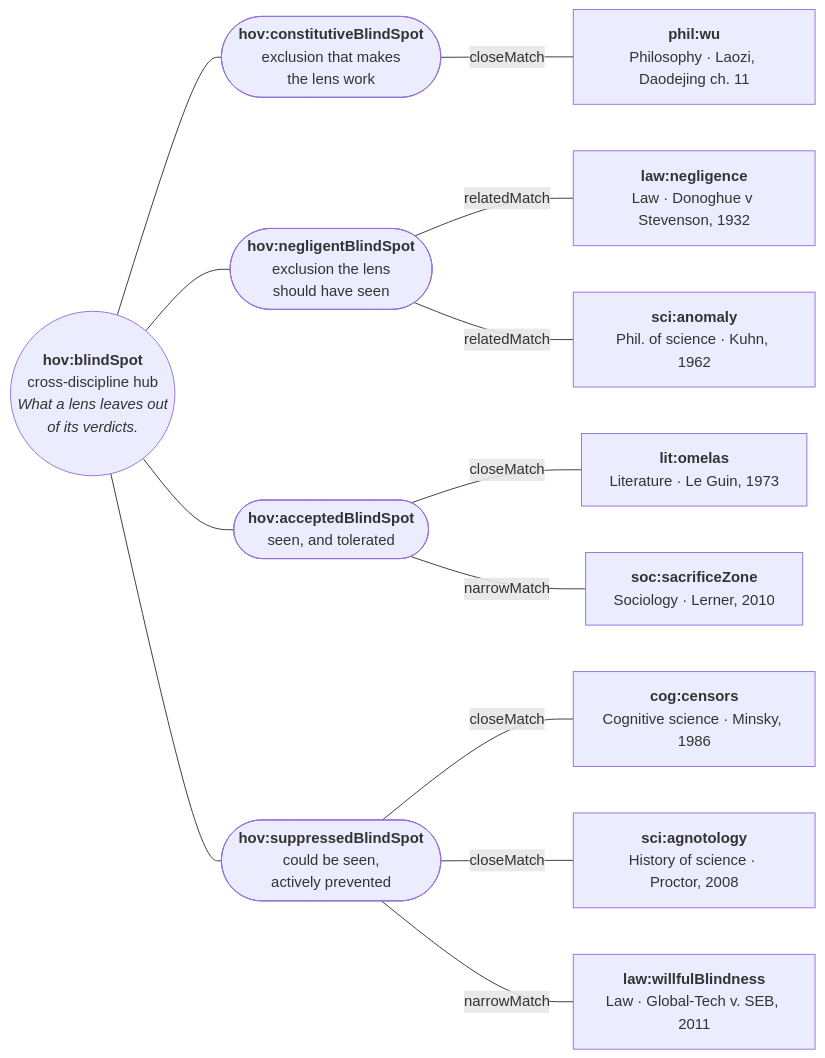
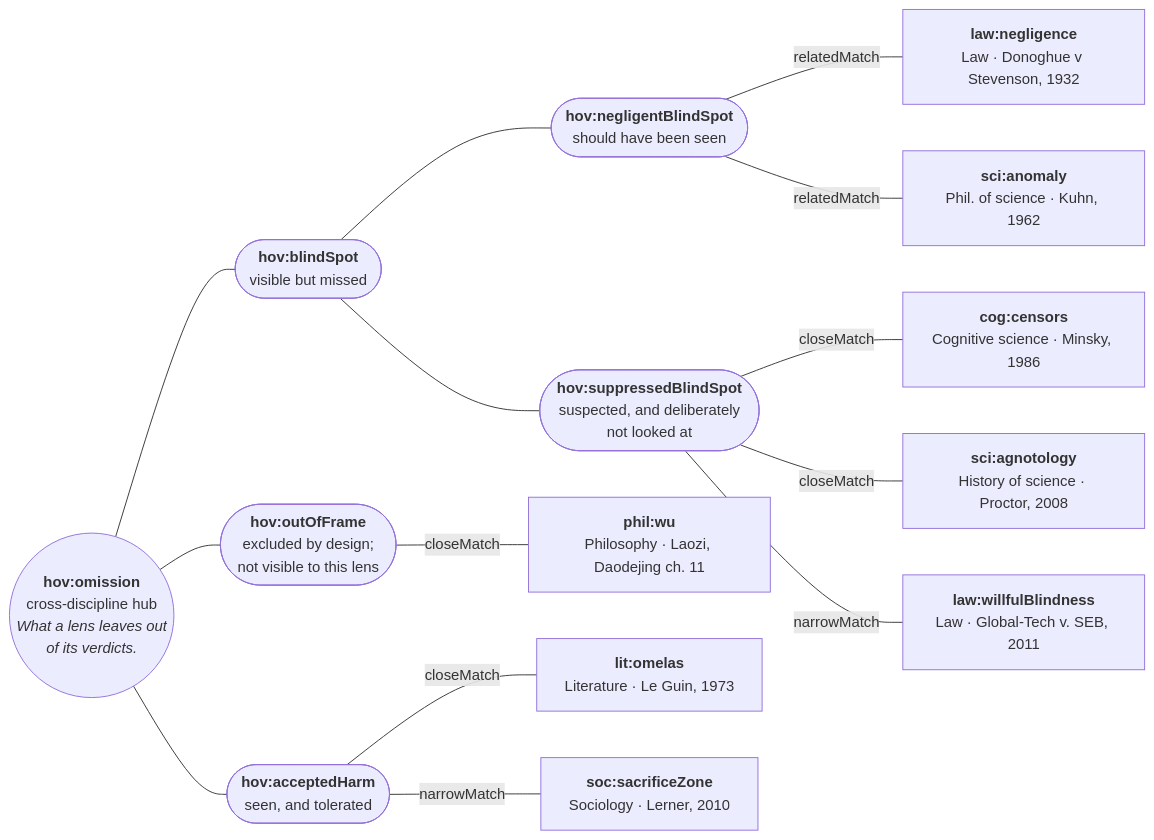
One commit to JackSpivak/ObsidianVault01_AI_Harm_Book changed the second of 2 diagrams in 02_Ideas Topics Concepts/Harm Ontology/Vocabulary Crosswalk - Concept Hubs and Discipline Schemes.md. Above: the diagram before and after it, drawn with Mermaid. The commit also changed other lines of this file and 1 other file, not shown here.

````diff
--- a/02_Ideas Topics Concepts/Harm Ontology/Vocabulary Crosswalk - Concept Hubs and Discipline Schemes.md
+++ b/02_Ideas Topics Concepts/Harm Ontology/Vocabulary Crosswalk - Concept Hubs and Discipline Schemes.md
@@ -128,20 +128,22 @@
 ```mermaid
 graph LR
-    HUB(("<b>hov:blindSpot</b><br/>cross-discipline hub<br/><i>What a lens leaves out<br/>of its verdicts.</i>"))
-    K1(["<b>hov:constitutiveBlindSpot</b><br/>exclusion that makes<br/>the lens work"])
-    K2(["<b>hov:negligentBlindSpot</b><br/>exclusion the lens<br/>should have seen"])
-    K3(["<b>hov:acceptedBlindSpot</b><br/>seen, and tolerated"])
-    K4(["<b>hov:suppressedBlindSpot</b><br/>could be seen,<br/>actively prevented"])
+    HUB(("<b>hov:omission</b><br/>cross-discipline hub<br/><i>What a lens leaves out<br/>of its verdicts.</i>"))
+    K1(["<b>hov:outOfFrame</b><br/>excluded by design;<br/>not visible to this lens"])
+    BS(["<b>hov:blindSpot</b><br/>visible but missed"])
+    K2(["<b>hov:negligentBlindSpot</b><br/>should have been seen"])
+    K4(["<b>hov:suppressedBlindSpot</b><br/>suspected, and deliberately<br/>not looked at"])
+    K3(["<b>hov:acceptedHarm</b><br/>seen, and tolerated"])
     HUB --- K1
-    HUB --- K2
+    HUB --- BS
     HUB --- K3
-    HUB --- K4
+    BS --- K2
+    BS --- K4
     K1 ---|closeMatch| P1["<b>phil:wu</b><br/>Philosophy · Laozi, Daodejing ch. 11"]
     K2 ---|relatedMatch| L1["<b>law:negligence</b><br/>Law · Donoghue v Stevenson, 1932"]
     K2 ---|relatedMatch| S1["<b>sci:anomaly</b><br/>Phil. of science · Kuhn, 1962"]
     K3 ---|closeMatch| LIT["<b>lit:omelas</b><br/>Literature · Le Guin, 1973"]
     K3 ---|narrowMatch| SOC["<b>soc:sacrificeZone</b><br/>Sociology · Lerner, 2010"]
     K4 ---|closeMatch| C1["<b>cog:censors</b><br/>Cognitive science · Minsky, 1986"]
     K4 ---|closeMatch| S2["<b>sci:agnotology</b><br/>History of science · Proctor, 2008"]
     K4 ---|narrowMatch| L2["<b>law:willfulBlindness</b><br/>Law · Global-Tech v. SEB, 2011"]
 ```
````
